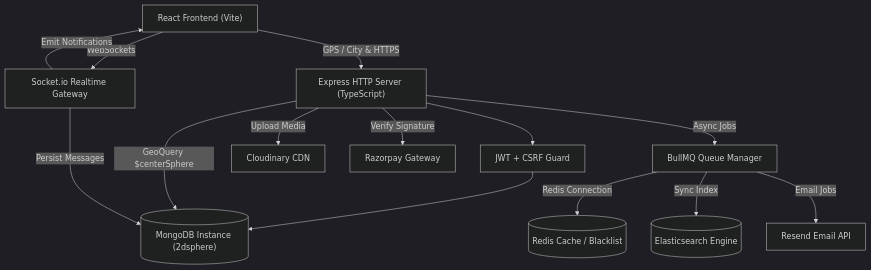
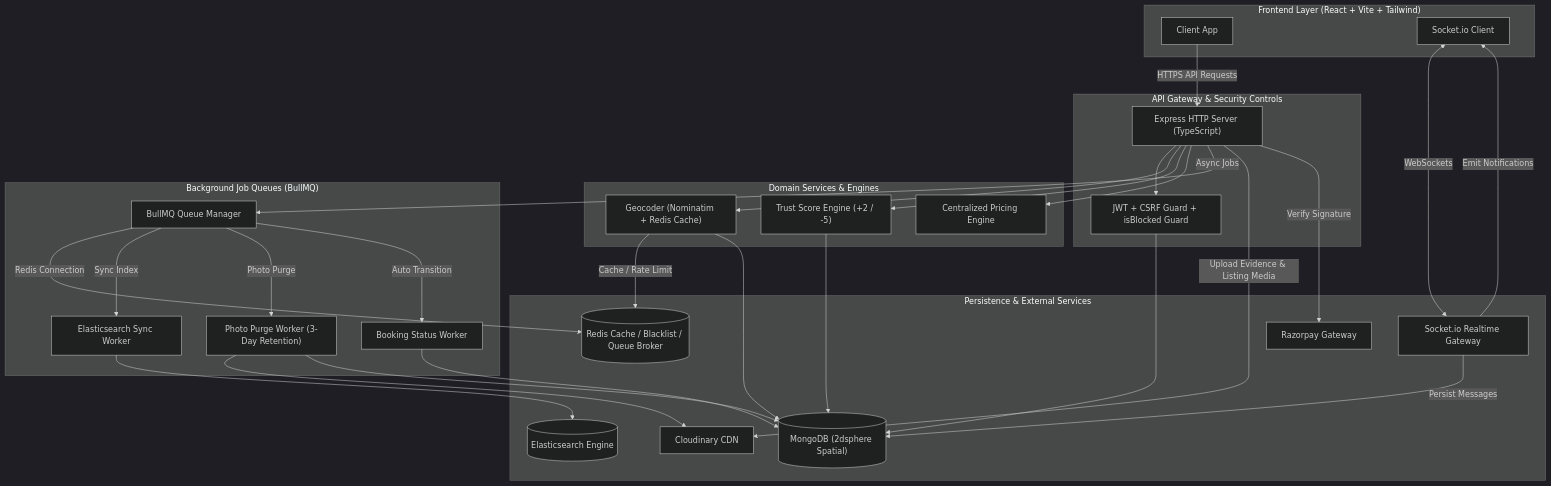
The first of 10 diagrams in ReadMe.md (priyanshuraj20/Rentora), drawn with Mermaid (dark theme) before and after one commit. The commit also changed other lines of this file and 1 other file, not shown here.

````diff
--- a/ReadMe.md
+++ b/ReadMe.md
@@ -204,28 +220,54 @@
 ```mermaid
 graph TD
-    Client["React Frontend (Vite)"]
-    API["Express HTTP Server (TypeScript)"]
-    Auth["JWT + CSRF Guard"]
-    SocketServer["Socket.io Realtime Gateway"]
-    Queue["BullMQ Queue Manager"]
-    DB[("MongoDB Instance (2dsphere)")]
-    Cache[("Redis Cache / Blacklist")]
-    ES[("Elasticsearch Engine")]
-    Cloudinary["Cloudinary CDN"]
-    Razorpay["Razorpay Gateway"]
-    Resend["Resend Email API"]
+    subgraph ClientLayer["Frontend Layer (React + Vite + Tailwind)"]
+        Client["Client App"]
+        SocketClient["Socket.io Client"]
+    end
 
-    Client -->|GPS / City & HTTPS| API
-    Client -->|WebSockets| SocketServer
+    subgraph SecurityGateway["API Gateway & Security Controls"]
+        API["Express HTTP Server (TypeScript)"]
+        Auth["JWT + CSRF Guard + isBlocked Guard"]
+    end
+
+    subgraph ServiceLayer["Domain Services & Engines"]
+        GeoEngine["Geocoder (Nominatim + Redis Cache)"]
+        TrustEngine["Trust Score Engine (+2 / -5)"]
+        PricingEngine["Centralized Pricing Engine"]
+    end
+
+    subgraph AsyncQueues["Background Job Queues (BullMQ)"]
+        Queue["BullMQ Queue Manager"]
+        PurgeWorker["Photo Purge Worker (3-Day Retention)"]
+        BookingWorker["Booking Status Worker"]
+        ESWorker["Elasticsearch Sync Worker"]
+    end
+
+    subgraph InfraStorage["Persistence & External Services"]
+        DB[("MongoDB (2dsphere Spatial)")]
+        Cache[("Redis Cache / Blacklist / Queue Broker")]
+        ES[("Elasticsearch Engine")]
+        Cloudinary["Cloudinary CDN"]
+        Razorpay["Razorpay Gateway"]
+        SocketServer["Socket.io Realtime Gateway"]
+    end
+
+    Client -->|HTTPS API Requests| API
+    SocketClient <-->|WebSockets| SocketServer
     API --> Auth
     Auth --> DB
-    API -->|GeoQuery $centerSphere| DB
+    API --> GeoEngine
+    GeoEngine -- "Cache / Rate Limit" --> Cache
+    GeoEngine --> DB
+    API --> TrustEngine
+    TrustEngine --> DB
+    API --> PricingEngine
     API -->|Async Jobs| Queue
     Queue -->|Redis Connection| Cache
-    Queue -->|Sync Index| ES
-    Queue -->|Email Jobs| Resend
-    API -->|Upload Media| Cloudinary
+    Queue -->|Sync Index| ESWorker --> ES
+    Queue -->|Photo Purge| PurgeWorker --> Cloudinary & DB
+    Queue -->|Auto Transition| BookingWorker --> DB
+    API -->|Upload Evidence & Listing Media| Cloudinary
     API -->|Verify Signature| Razorpay
     SocketServer -->|Persist Messages| DB
-    SocketServer -->|Emit Notifications| Client
+    SocketServer -->|Emit Notifications| SocketClient
 ```
````
